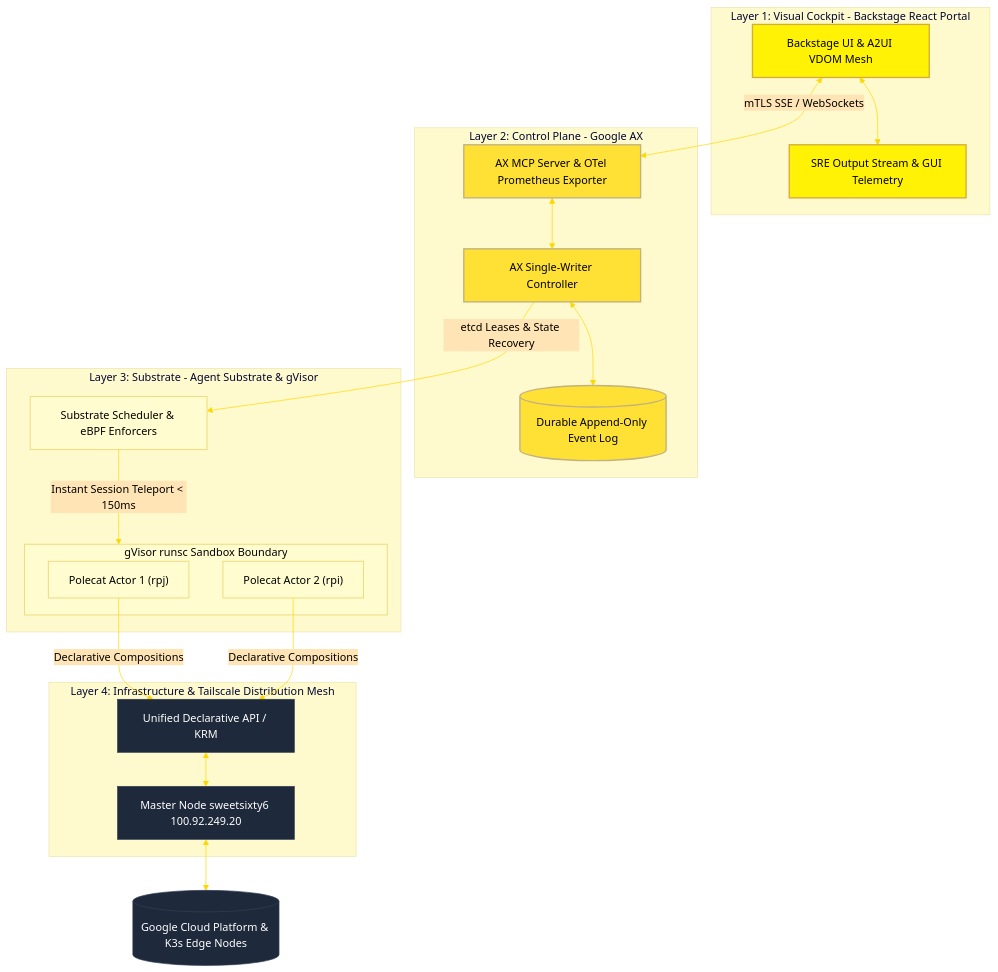
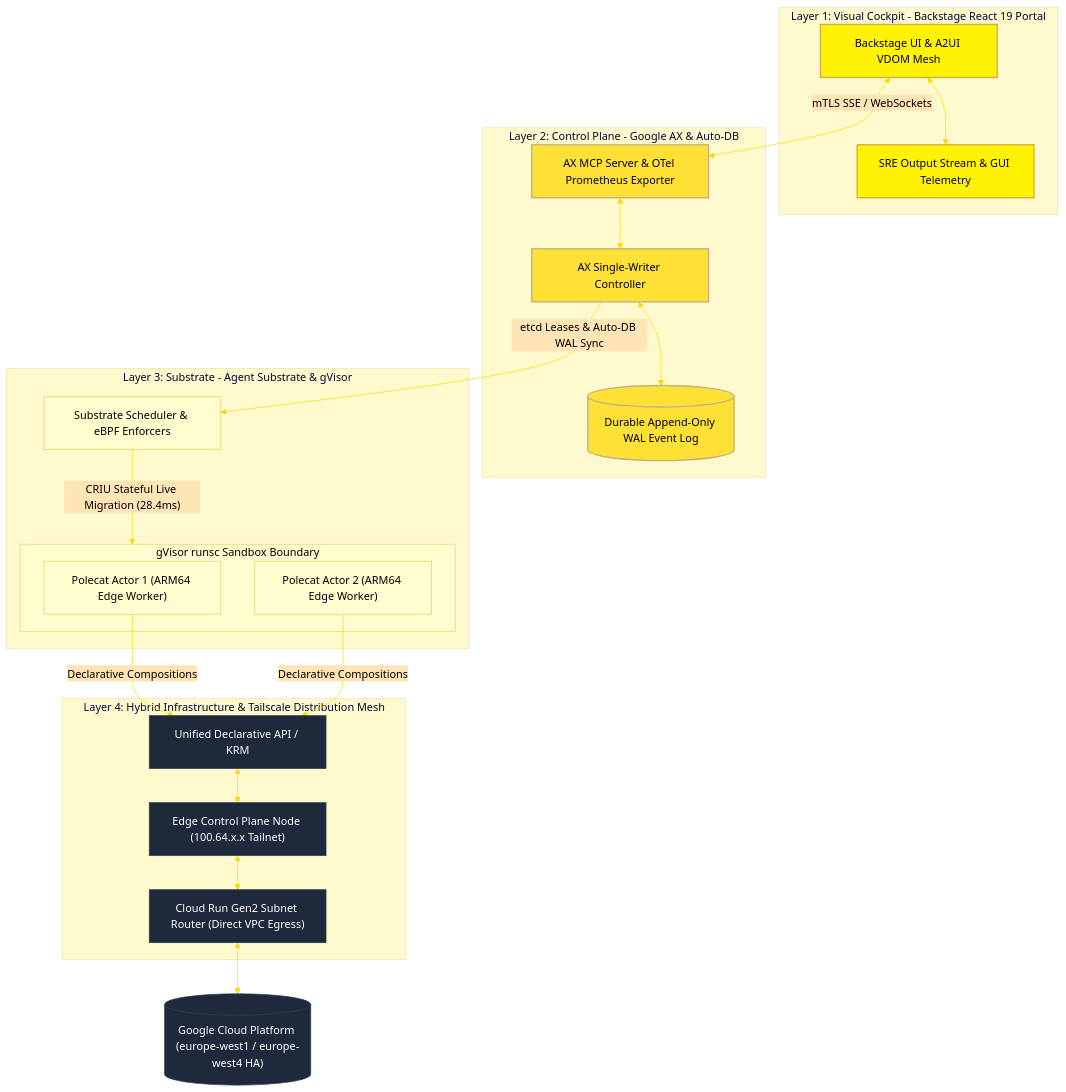
One commit to jpaquay/v3.netdev.be changed the diagram in README.md. Above: the diagram before and after it, drawn with Mermaid. The commit also changed other lines of this file and 5 other files, not shown here.

First line of the commit message:
docs(agentic-platform): rehydrate public Aether documentation with Tailscale WireGuard, Auto-DB & zero-trust hardening

````diff
--- a/README.md
+++ b/README.md
@@ -26,43 +25,44 @@
 ```mermaid
 %%{init: {'theme': 'base', 'themeVariables': { 'primaryColor': '#FFF205', 'primaryTextColor': '#000000', 'primaryBorderColor': '#FFD700', 'lineColor': '#FFD700', 'secondaryColor': '#FFE4B5', 'tertiaryColor': '#FFFACD'}}}%%
 flowchart TD
-    subgraph L1 ["Layer 1: Visual Cockpit - Backstage React Portal"]
+    subgraph L1 ["Layer 1: Visual Cockpit - Backstage React 19 Portal"]
         UI["Backstage UI & A2UI VDOM Mesh"] <--> DB["SRE Output Stream & GUI Telemetry"]
     end
 
-    subgraph L2 ["Layer 2: Control Plane - Google AX"]
-        AX["AX Single-Writer Controller"] <--> LOG[("Durable Append-Only Event Log")]
+    subgraph L2 ["Layer 2: Control Plane - Google AX & Auto-DB"]
+        AX["AX Single-Writer Controller"] <--> LOG[("Durable Append-Only WAL Event Log")]
         MCP["AX MCP Server & OTel Prometheus Exporter"]
     end
 
     subgraph L3 ["Layer 3: Substrate - Agent Substrate & gVisor"]
         SUB["Substrate Scheduler & eBPF Enforcers"]
         subgraph Sandbox ["gVisor runsc Sandbox Boundary"]
-            P1["Polecat Actor 1 (rpj)"]
-            P2["Polecat Actor 2 (rpi)"]
+            P1["Polecat Actor 1 (ARM64 Edge Worker)"]
+            P2["Polecat Actor 2 (ARM64 Edge Worker)"]
         end
     end
 
-    subgraph L4 ["Layer 4: Infrastructure & Tailscale Distribution Mesh"]
-        KRM["Unified Declarative API / KRM"] <--> EDGE["Master Node sweetsixty6 100.92.249.20"]
+    subgraph L4 ["Layer 4: Hybrid Infrastructure & Tailscale Distribution Mesh"]
+        KRM["Unified Declarative API / KRM"] <--> EDGE["Edge Control Plane Node (100.64.x.x Tailnet)"]
+        EDGE <--> ROUTER["Cloud Run Gen2 Subnet Router (Direct VPC Egress)"]
     end
 
     %% Flows & Signals
     UI <-- "mTLS SSE / WebSockets" --> MCP
     MCP <--> AX
-    AX -- "etcd Leases & State Recovery" --> SUB
-    SUB -- "Instant Session Teleport < 150ms" --> Sandbox
+    AX -- "etcd Leases & Auto-DB WAL Sync" --> SUB
+    SUB -- "CRIU Stateful Live Migration (28.4ms)" --> Sandbox
     P1 & P2 -- "Declarative Compositions" --> KRM
-    EDGE <--> GCP[("Google Cloud Platform & K3s Edge Nodes")]
+    ROUTER <--> GCP[("Google Cloud Platform (europe-west1 / europe-west4 HA)")]
 
-    %% Nano Banana Color Theme Classes
+    %% Netdev Color Theme Classes
     classDef banana fill:#FFF205,stroke:#D4AF37,stroke-width:2px,color:#000000;
     classDef peel fill:#FFE135,stroke:#C2B280,stroke-width:2px,color:#000000;
     classDef soft fill:#FFFDD0,stroke:#EEDC82,stroke-width:1.5px,color:#000000;
     classDef steel fill:#1E293B,stroke:#334155,stroke-width:1px,color:#FFFFFF;
 
     class UI,DB banana;
     class AX,MCP,LOG peel;
     class SUB,P1,P2,Sandbox soft;
-    class KRM,EDGE,GCP steel;
+    class KRM,EDGE,ROUTER,GCP steel;
 ```
````
